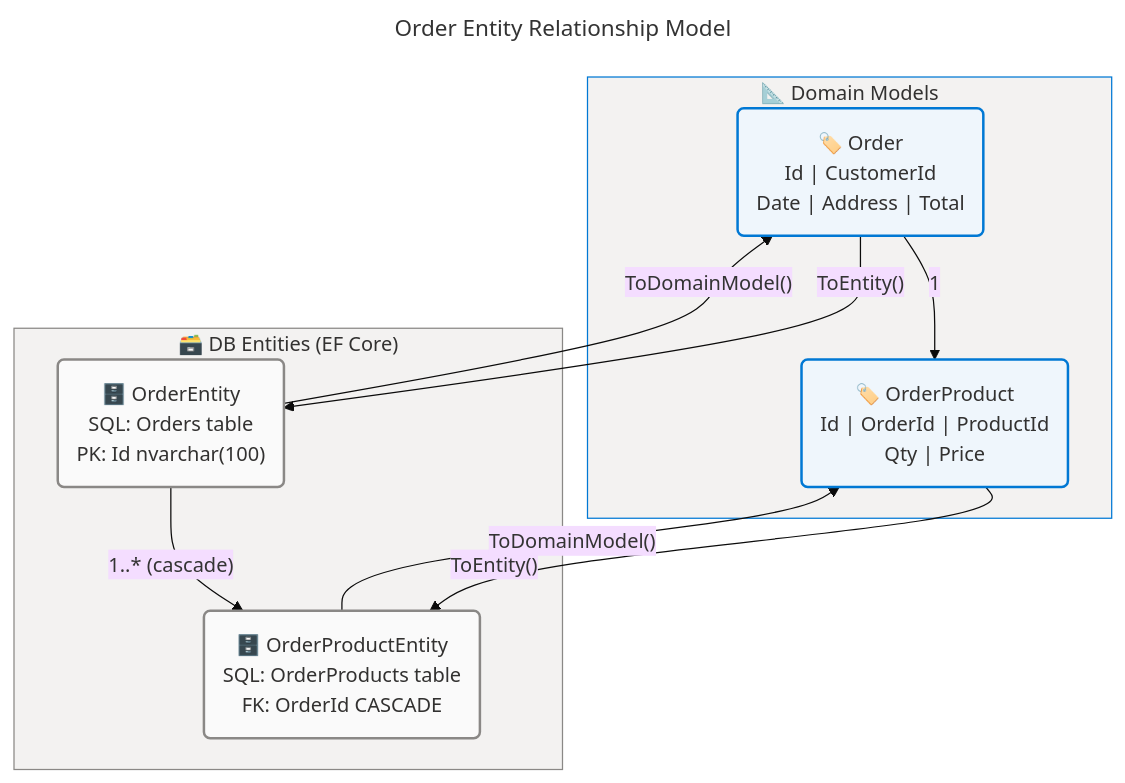
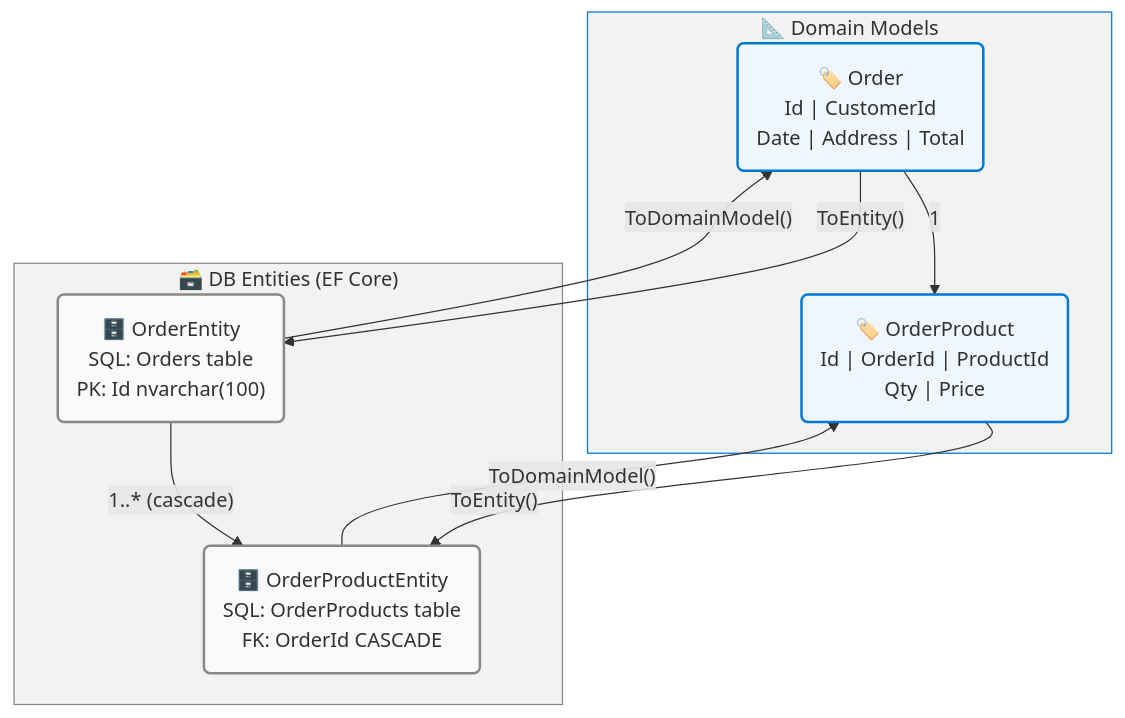
One commit to Evilazaro/Azure-LogicApps-Monitoring changed the sixth of 8 diagrams in docs/architecture/data-arch.md. Above: the diagram before and after it, drawn with Mermaid. The commit also changed other lines of this file, not shown here.

Commit message:
Remove unused mermaid diagram configurations from data architecture documentation

````diff
--- a/docs/architecture/data-arch.md
+++ b/docs/architecture/data-arch.md
@@ -657,50 +602,39 @@
 ```mermaid
----
-title: Order Entity Relationship Model
-config:
-  theme: base
-  look: classic
-  layout: dagre
-  themeVariables:
-    fontSize: '16px'
-  flowchart:
-    htmlLabels: true
----
 flowchart TB
     accTitle: Order Entity Relationship Model
     accDescr: Entity relationship showing Order containing one or more OrderProducts, with domain models mapped to EF Core entities via OrderMapper.
 
     %% ═══════════════════════════════════════════════════════════════════════════
     %% AZURE / FLUENT ARCHITECTURE PATTERN v2.0
     %% (Semantic + Structural + Font + Accessibility Governance)
     %% ═══════════════════════════════════════════════════════════════════════════
     %% PHASE 1 - FLUENT UI: All styling uses approved Fluent UI palette only
     %% PHASE 2 - GROUPS: Every subgraph has semantic color via style directive
     %% PHASE 3 - COMPONENTS: Every node has semantic classDef + icon prefix
     %% PHASE 4 - ACCESSIBILITY: accTitle/accDescr present, WCAG AA contrast
     %% PHASE 5 - STANDARD: Governance block present, classDefs centralized
     %% ═══════════════════════════════════════════════════════════════════════════
 
     subgraph domain["📐 Domain Models"]
         OrderDomain("🏷️ Order<br/>Id | CustomerId<br/>Date | Address | Total"):::core
         ProdDomain("🏷️ OrderProduct<br/>Id | OrderId | ProductId<br/>Qty | Price"):::core
     end
 
     subgraph db["🗃️ DB Entities (EF Core)"]
         OrderEnt("🗄️ OrderEntity<br/>SQL: Orders table<br/>PK: Id nvarchar(100)"):::neutral
         ProdEnt("🗄️ OrderProductEntity<br/>SQL: OrderProducts table<br/>FK: OrderId CASCADE"):::neutral
     end
 
     OrderDomain -->|"1"| ProdDomain
     OrderDomain -->|"ToEntity()"| OrderEnt
     ProdDomain -->|"ToEntity()"| ProdEnt
     OrderEnt -->|"ToDomainModel()"| OrderDomain
     ProdEnt -->|"ToDomainModel()"| ProdDomain
     OrderEnt -->|"1..* (cascade)"| ProdEnt
 
     classDef core fill:#EFF6FC,stroke:#0078D4,stroke-width:2px,color:#323130
     classDef neutral fill:#FAFAFA,stroke:#8A8886,stroke-width:2px,color:#323130
 
     style domain fill:#F3F2F1,stroke:#0078D4,stroke-width:1px,color:#323130
     style db fill:#F3F2F1,stroke:#8A8886,stroke-width:1px,color:#323130
 ```
````
